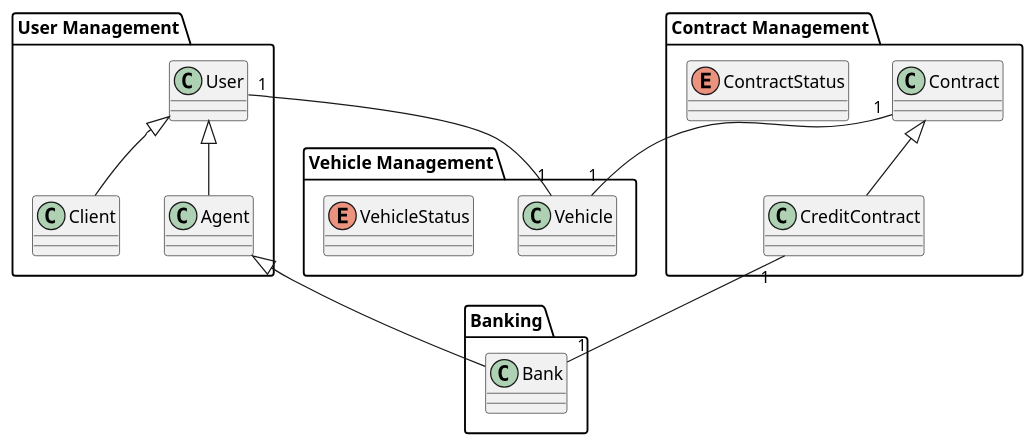
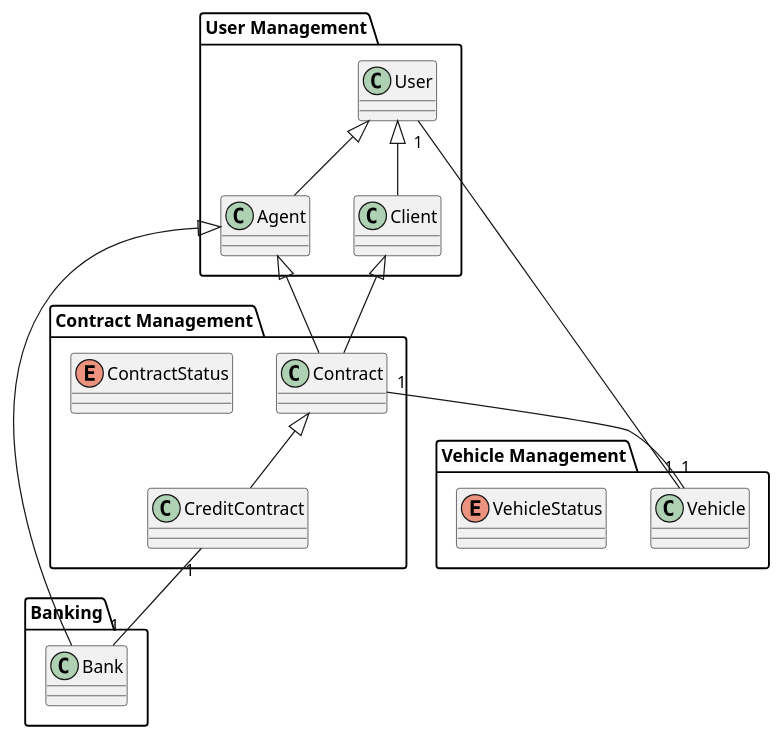
One commit to migueltico2/laboratorio-de-desenvolvimento-de-software changed the diagram in projeto 2/project/packageDiagram.plantuml. Above: the diagram before and after it, drawn with PlantUML. The commit also changed 1 other file, not shown here.

```diff
--- a/projeto 2/project/packageDiagram.plantuml
+++ b/projeto 2/project/packageDiagram.plantuml
@@ -1,34 +1,36 @@
 @startuml
 
 
 package "User Management" {
     class User
     class Client
     class Agent
 }
 
 package "Vehicle Management" {
     class Vehicle
     enum VehicleStatus
 }
 
 package "Contract Management" {
     class Contract
     class CreditContract
     enum ContractStatus
 }
 
 package "Banking"{
     class Bank
 }
 
 User <|-- Client
 User <|-- Agent
 Agent <|-- Bank
+Agent <|-- Contract
+Client <|-- Contract
 User "1" -- "1" Vehicle
 Contract <|-- CreditContract
 Contract "1" -- "1" Vehicle
 CreditContract "1" -- "1" Bank
 
 
 @enduml
```
